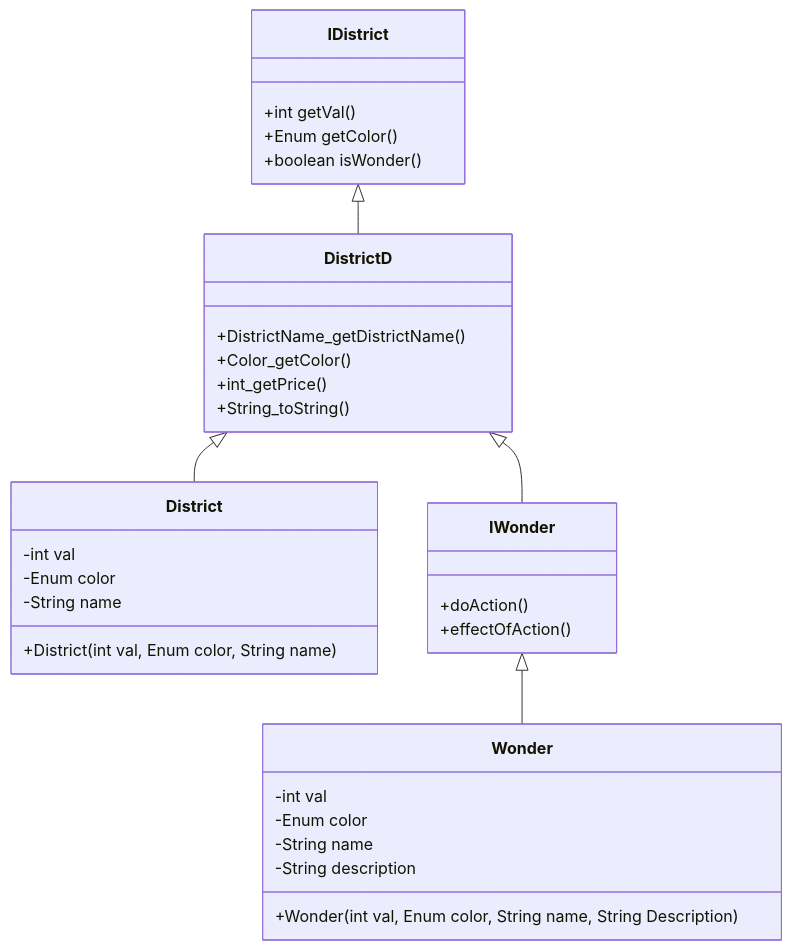
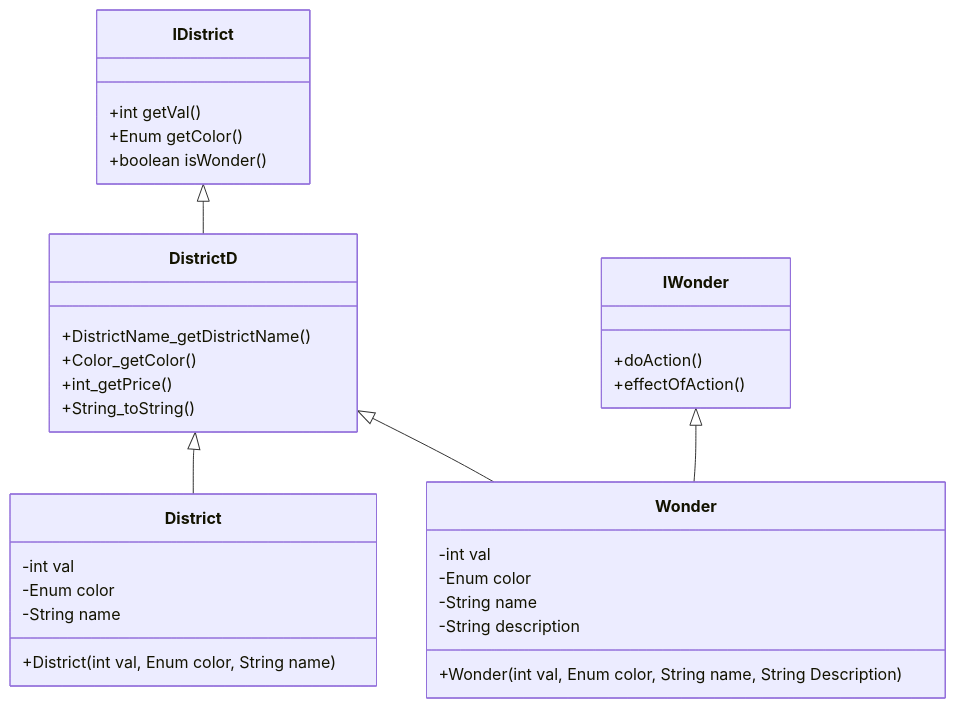
Before and after one commit to ImeneYAHIAOUI/Citadelles: the diagram in diagram/class/District_And_Wonder_Diagram.md, drawn with Mermaid. The commit also changed 1 other file, not shown here.

Commit message:
.md dans doc/ #80

````diff
--- a/diagram/class/District_And_Wonder_Diagram.md
+++ b/diagram/class/District_And_Wonder_Diagram.md
@@ -1,42 +1,42 @@
 ```mermaid
 
 classDiagram
 IDistrict <|-- DistrictD
 DistrictD <|-- District
 IWonder   <|-- Wonder
-DistrictD <|-- IWonder
+DistrictD <|-- Wonder
 
     class DistrictD{
         +DistrictName_getDistrictName( )
         +Color_getColor() 
         +int_getPrice()
         +String_toString()
     }
 
     class IDistrict{
       +int getVal()
       +Enum getColor()
       +boolean isWonder()
     }
     
     class District{
       -int val
       -Enum color
       -String name
       +District(int val, Enum color, String name)
     }
 
     class Wonder{
         -int val
         -Enum color
         -String name
         -String description
         +Wonder(int val, Enum color, String name, String Description)
     }
 
     class IWonder{
       +doAction()
       +effectOfAction()
     }
     
 ```     
````
